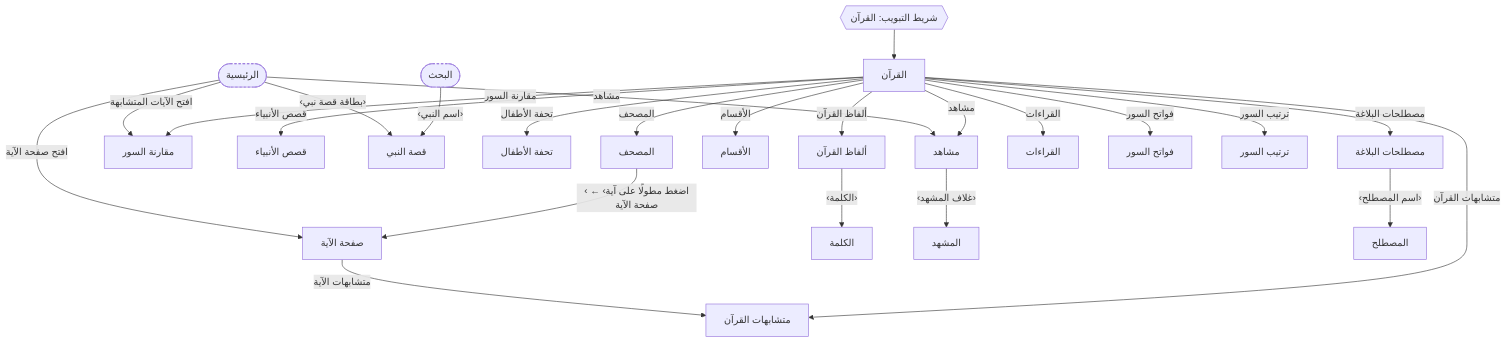
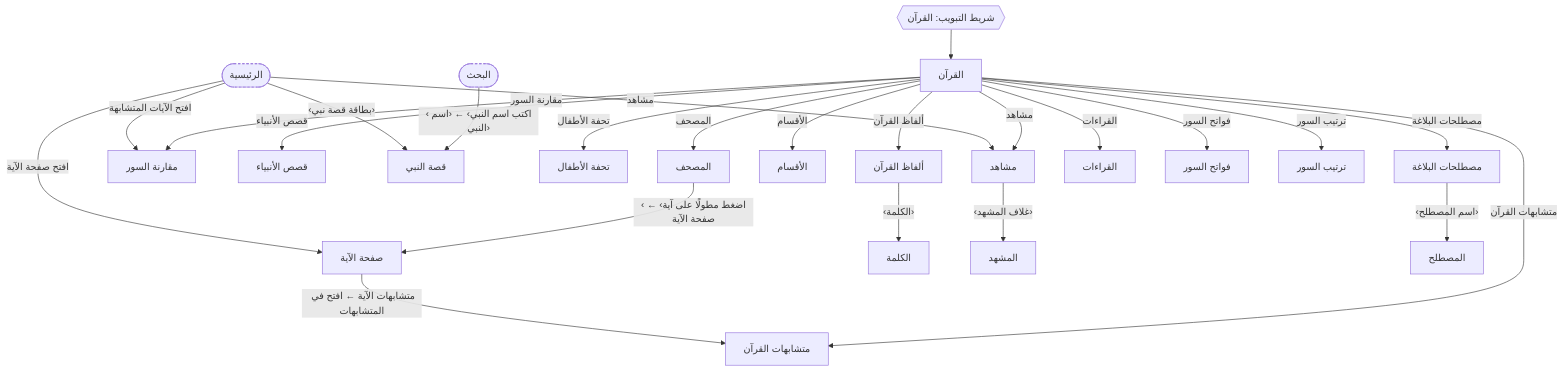
One commit to msskzx/namaq changed the first of 6 diagrams in docs/feature-map.md. Above: the diagram before and after it, drawn with Mermaid. The commit also changed other lines of this file and 2 other files, not shown here.

````diff
--- a/docs/feature-map.md
+++ b/docs/feature-map.md
@@ -14,49 +18,49 @@
 ```mermaid
 flowchart TB
   s0["القرآن"]
   s1["المصحف"]
   s2["صفحة الآية"]
   s3["متشابهات القرآن"]
   s4["مقارنة السور"]
   s5["قصص الأنبياء"]
   s6["قصة النبي"]
   s7["تحفة الأطفال"]
   s8["ألفاظ القرآن"]
   s9["الكلمة"]
   s10["الأقسام"]
   s11["مشاهد"]
   s12["المشهد"]
   s13["مصطلحات البلاغة"]
   s14["المصطلح"]
   s15["القراءات"]
   s16["فواتح السور"]
   s17["ترتيب السور"]
   bars0{{"شريط التبويب: القرآن"}} --> s0
   s0 -- "المصحف" --> s1
   s1 -- "‹اضغط مطولًا على آية› ← صفحة الآية" --> s2
   s24(["الرئيسية"])
   class s24 elsewhere
   s24 -- "افتح صفحة الآية" --> s2
   s0 -- "متشابهات القرآن" --> s3
-  s2 -- "متشابهات الآية" --> s3
+  s2 -- "متشابهات الآية ← افتح في المتشابهات" --> s3
   s0 -- "مقارنة السور" --> s4
   s24 -- "افتح الآيات المتشابهة" --> s4
   s0 -- "قصص الأنبياء" --> s5
   s25(["البحث"])
   class s25 elsewhere
-  s25 -- "‹اسم النبي›" --> s6
+  s25 -- "‹اكتب اسم النبي› ← ‹اسم النبي›" --> s6
   s24 -- "‹بطاقة قصة نبي›" --> s6
   s0 -- "تحفة الأطفال" --> s7
   s0 -- "ألفاظ القرآن" --> s8
   s8 -- "‹الكلمة›" --> s9
   s0 -- "الأقسام" --> s10
   s0 -- "مشاهد" --> s11
   s24 -- "مشاهد" --> s11
   s11 -- "‹غلاف المشهد›" --> s12
   s0 -- "مصطلحات البلاغة" --> s13
   s13 -- "‹اسم المصطلح›" --> s14
   s0 -- "القراءات" --> s15
   s0 -- "فواتح السور" --> s16
   s0 -- "ترتيب السور" --> s17
   classDef elsewhere stroke-dasharray: 4 3
 ```
````
